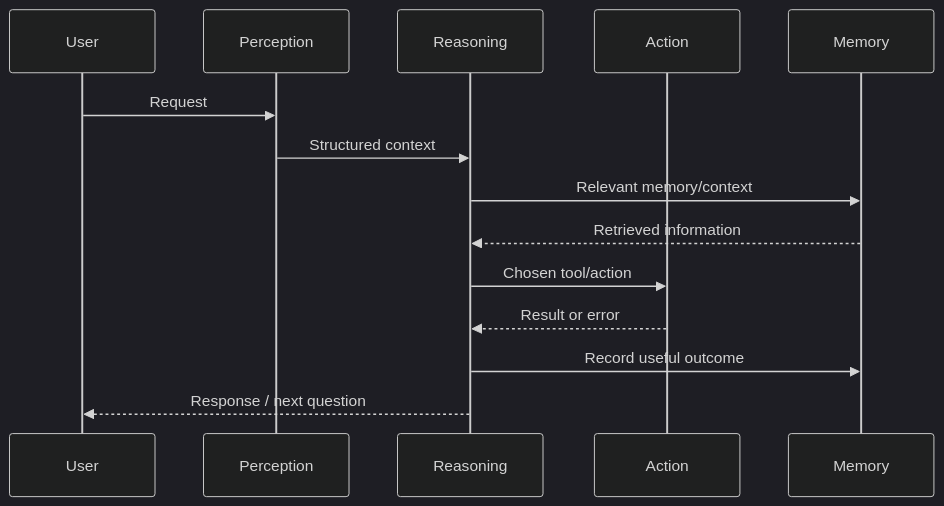
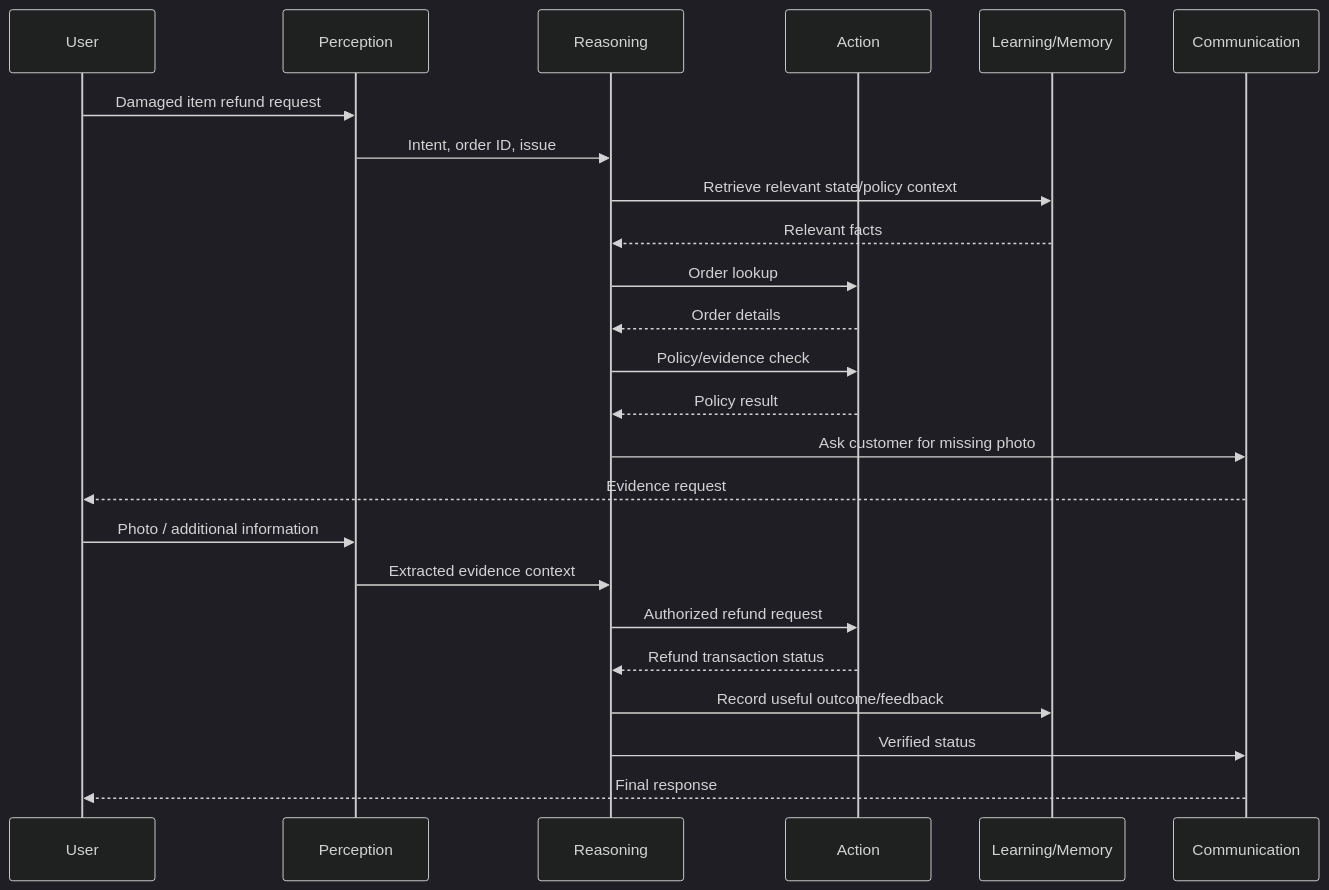
Before and after one commit to shomi-khan/preparation: the third of 3 diagrams in notes/module-01-from-answering-to-doing/02-agent-core-subsystems.md, drawn with Mermaid (dark theme). The commit also changed other lines of this file, not shown here.

````diff
--- a/notes/module-01-from-answering-to-doing/02-agent-core-subsystems.md
+++ b/notes/module-01-from-answering-to-doing/02-agent-core-subsystems.md
@@ -106,16 +233,26 @@
 ```mermaid
 sequenceDiagram
     participant U as User
     participant P as Perception
     participant R as Reasoning
     participant A as Action
-    participant M as Memory
-    U->>P: Request
-    P->>R: Structured context
-    R->>M: Relevant memory/context
-    M-->>R: Retrieved information
-    R->>A: Chosen tool/action
-    A-->>R: Result or error
-    R->>M: Record useful outcome
-    R-->>U: Response / next question
+    participant L as Learning/Memory
+    participant C as Communication
+    U->>P: Damaged item refund request
+    P->>R: Intent, order ID, issue
+    R->>L: Retrieve relevant state/policy context
+    L-->>R: Relevant facts
+    R->>A: Order lookup
+    A-->>R: Order details
+    R->>A: Policy/evidence check
+    A-->>R: Policy result
+    R->>C: Ask customer for missing photo
+    C-->>U: Evidence request
+    U->>P: Photo / additional information
+    P->>R: Extracted evidence context
+    R->>A: Authorized refund request
+    A-->>R: Refund transaction status
+    R->>L: Record useful outcome/feedback
+    R->>C: Verified status
+    C-->>U: Final response
 ```
````
